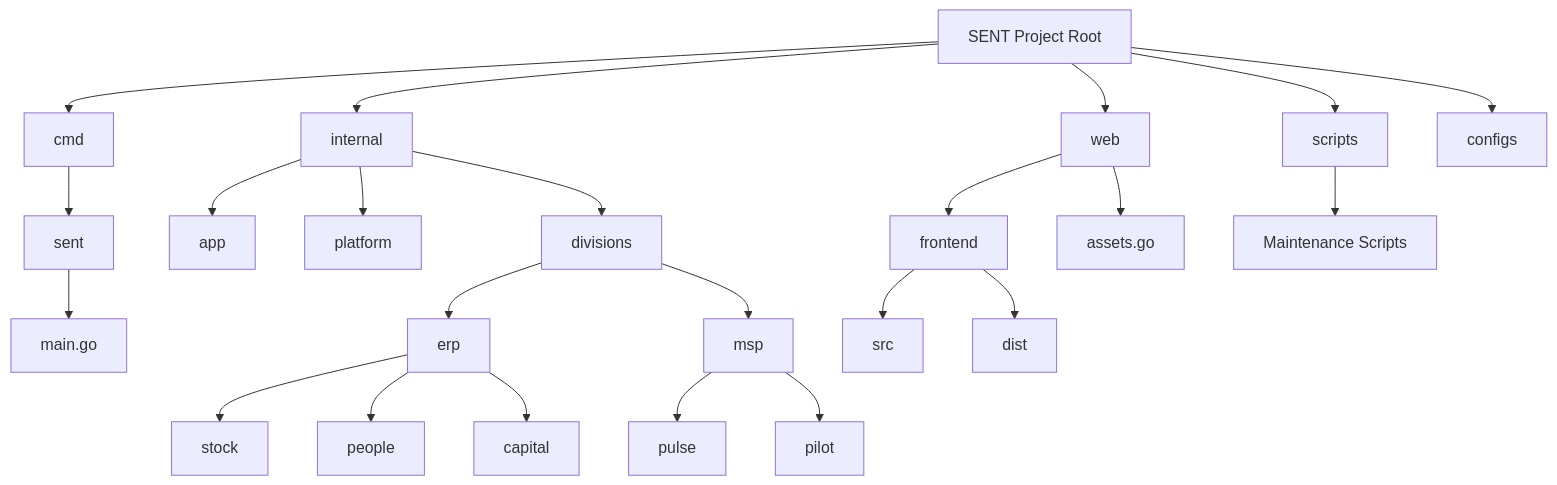
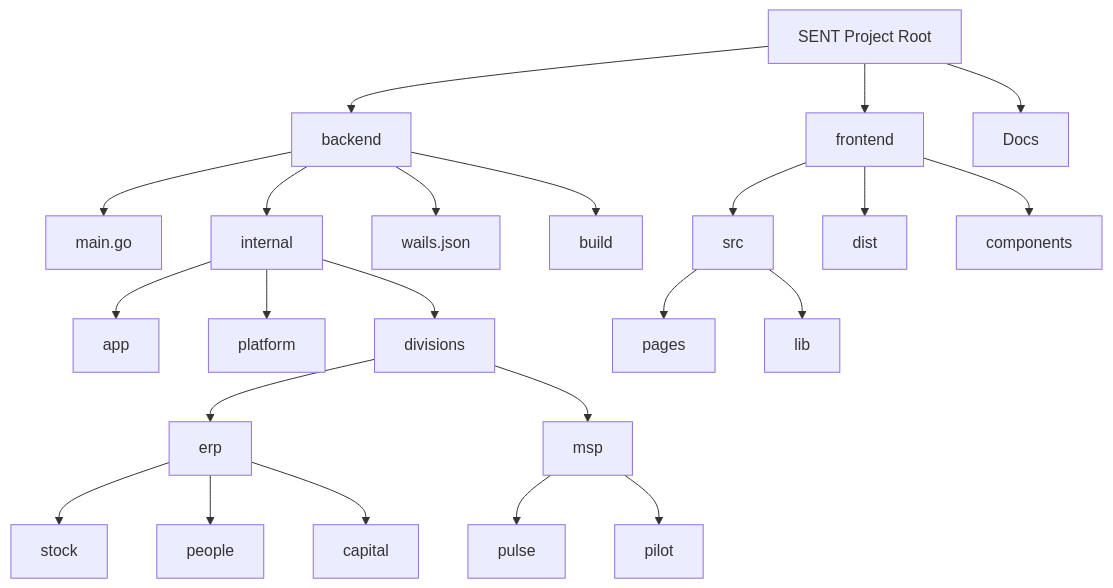
Before and after one commit to Aziz-Hubs/SENT: the diagram in Docs/PROJECT_MAP.md, drawn with Mermaid. The commit also changed other lines of this file and 4 other files, not shown here.

Commit message:
docs: sync architecture docs with reality

````diff
--- a/Docs/PROJECT_MAP.md
+++ b/Docs/PROJECT_MAP.md
@@ -3,35 +3,32 @@
 ```mermaid
 graph TD
-    Root[SENT Project Root] --> Cmd[cmd]
-    Root --> Internal[internal]
-    Root --> Web[web]
+    Root[SENT Project Root] --> Backend[backend]
+    Root --> Frontend[frontend]
+    Root --> Docs[Docs]
 
-    Root --> Scripts[scripts]
-    Root --> Configs[configs]
-
-    Cmd --> CmdSent[sent]
-    CmdSent --> Main[main.go]
+    Backend --> Main[main.go]
+    Backend --> Internal[internal]
+    Backend --> WailsConfig[wails.json]
+    Backend --> BackendBuild[build]
 
     Internal --> App[app]
     Internal --> Platform[platform]
     Internal --> Divisions[divisions]
     
     Divisions --> ERP[erp]
     Divisions --> MSP[msp]
     
     ERP --> Stock[stock]
     ERP --> People[people]
     ERP --> Capital[capital]
 
     MSP --> Pulse[pulse]
     MSP --> Pilot[pilot]
 
-    Web --> Frontend[frontend]
-    Web --> Assets[assets.go]
     Frontend --> Src[src]
     Frontend --> Dist[dist]
-
-
-
-    Scripts --> Maint[Maintenance Scripts]
+    Frontend --> Components[components]
+    
+    Src --> Pages[pages]
+    Src --> Lib[lib]
 ```
````
